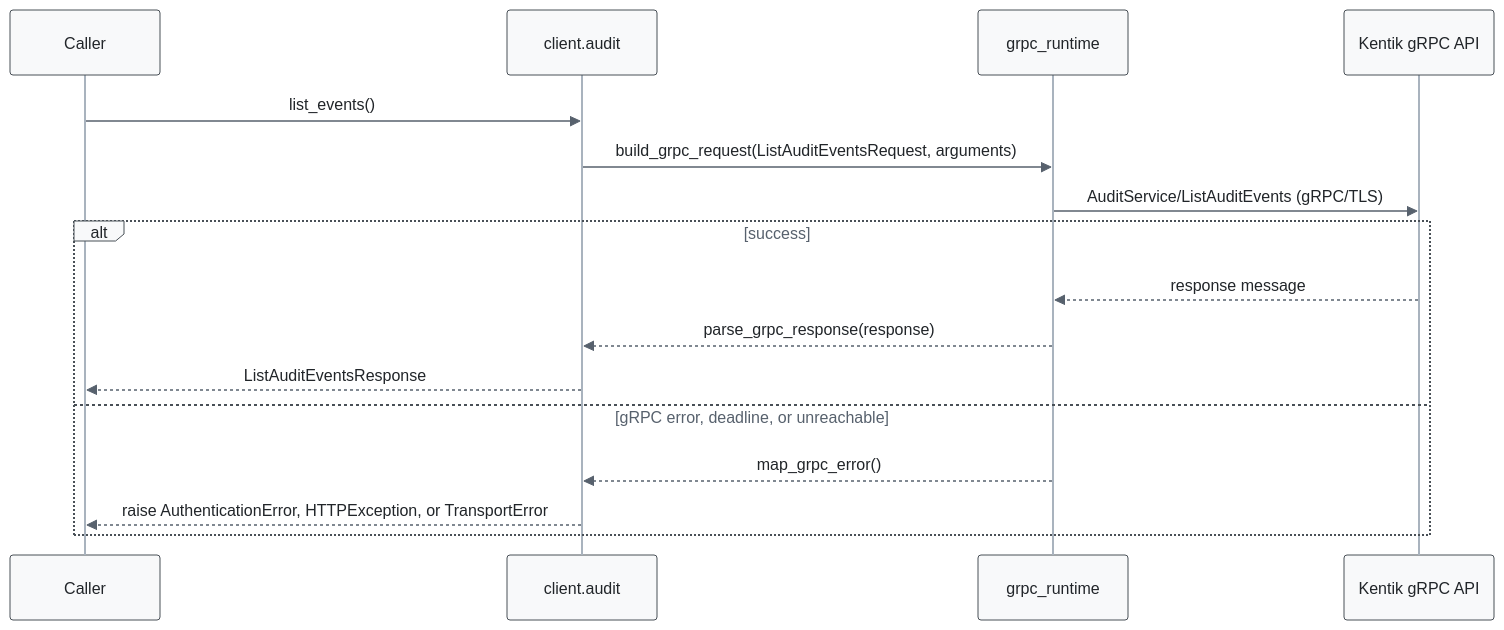
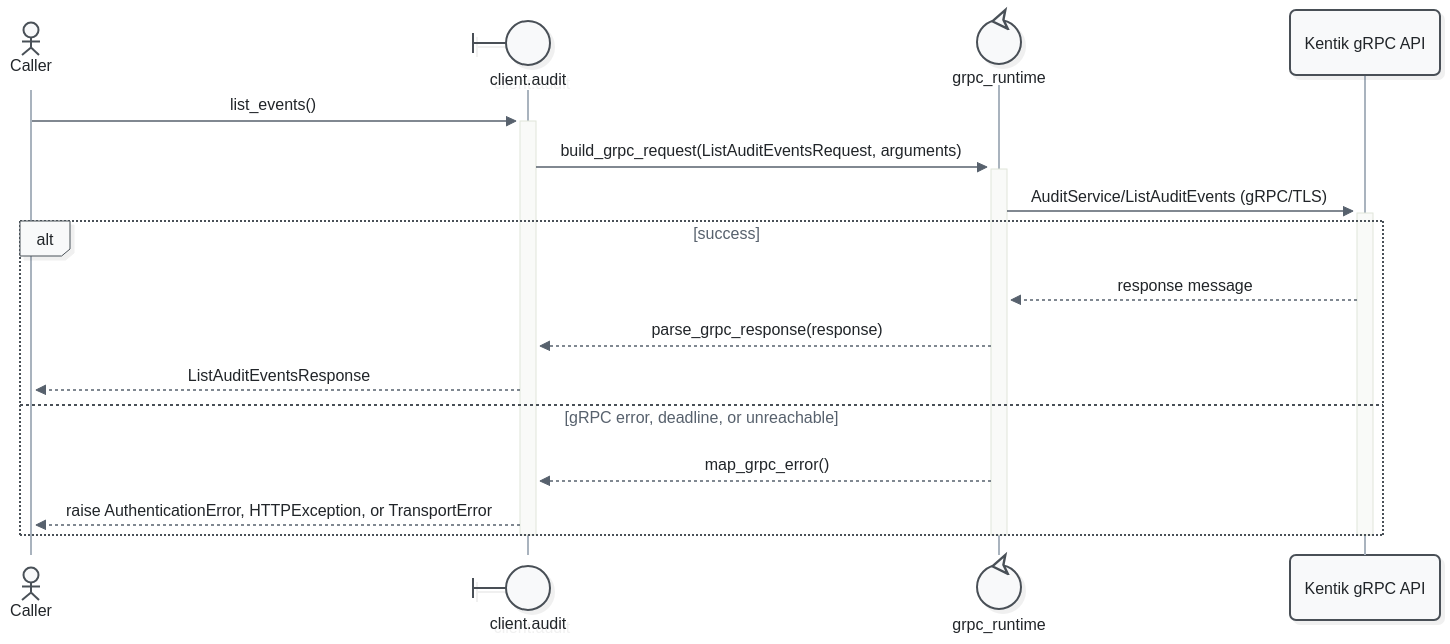
Before and after one commit to alexdearaujo/community_sdk_python: the second of 7 diagrams in docs/sphinx/services/audit.md, drawn with Mermaid. The commit also changed other lines of this file and 52 other files, not shown here.

First line of the commit message:
docs: Mermaid 12 sequence diagrams with participant types and path colors

````diff
--- a/docs/sphinx/services/audit.md
+++ b/docs/sphinx/services/audit.md
@@ -55,20 +57,23 @@
 ```mermaid
-%%{init: {"theme": "base", "fontFamily": "ui-monospace, SFMono-Regular, Menlo, monospace", "themeVariables": {"fontFamily": "ui-monospace, SFMono-Regular, Menlo, monospace", "primaryColor": "#f8f9fa", "primaryBorderColor": "#495057", "primaryTextColor": "#212529", "textColor": "#212529", "lineColor": "#77818c", "edgeLabelBackground": "#ffffff", "actorBkg": "#f8f9fa", "actorBorder": "#495057", "actorTextColor": "#212529", "actorLineColor": "#a9b3be", "signalColor": "#57616d", "signalTextColor": "#212529", "labelBoxBkgColor": "#f8f9fa", "labelBoxBorderColor": "#495057", "labelTextColor": "#212529", "loopTextColor": "#57616d", "noteBkgColor": "#fff9db", "noteBorderColor": "#f08c00", "noteTextColor": "#a35a00"}, "flowchart": {"curve": "step", "nodeSpacing": 30, "rankSpacing": 70, "wrappingWidth": 400}}}%%
+%%{init: {"theme": "redux", "look": "neo", "layout": "dagre", "fontFamily": "ui-monospace, SFMono-Regular, Menlo, monospace", "themeVariables": {"fontFamily": "ui-monospace, SFMono-Regular, Menlo, monospace", "primaryColor": "#f8f9fa", "primaryBorderColor": "#495057", "primaryTextColor": "#212529", "textColor": "#212529", "lineColor": "#77818c", "edgeLabelBackground": "#ffffff", "actorBkg": "#f8f9fa", "actorBorder": "#495057", "actorTextColor": "#212529", "actorLineColor": "#a9b3be", "signalColor": "#57616d", "signalTextColor": "#212529", "labelBoxBkgColor": "#f8f9fa", "labelBoxBorderColor": "#495057", "labelTextColor": "#212529", "loopTextColor": "#57616d", "noteBkgColor": "#fff9db", "noteBorderColor": "#f08c00", "noteTextColor": "#a35a00"}, "sequence": {"activationWidth": 16}, "flowchart": {"curve": "step", "nodeSpacing": 30, "rankSpacing": 70, "wrappingWidth": 400}}}%%
 sequenceDiagram
-    participant C as Caller
-    participant W as client.audit
-    participant R as grpc_runtime
+    actor C as Caller
+    participant W@{ "type": "boundary" } as client.audit
+    participant R@{ "type": "control" } as grpc_runtime
     participant API as Kentik gRPC API
 
-    C->>W: list_events()
-    W->>R: build_grpc_request(ListAuditEventsRequest, arguments)
-    R->>API: AuditService/ListAuditEvents (gRPC/TLS)
+    C->>+W: list_events()
+    W->>+R: build_grpc_request(ListAuditEventsRequest, arguments)
+    R->>+API: AuditService/ListAuditEvents (gRPC/TLS)
     alt success
         API-->>R: response message
         R-->>W: parse_grpc_response(response)
         W-->>C: ListAuditEventsResponse
     else gRPC error, deadline, or unreachable
         R-->>W: map_grpc_error()
         W-->>C: raise AuthenticationError, HTTPException, or TransportError
     end
+    deactivate API
+    deactivate R
+    deactivate W
 ```
````
